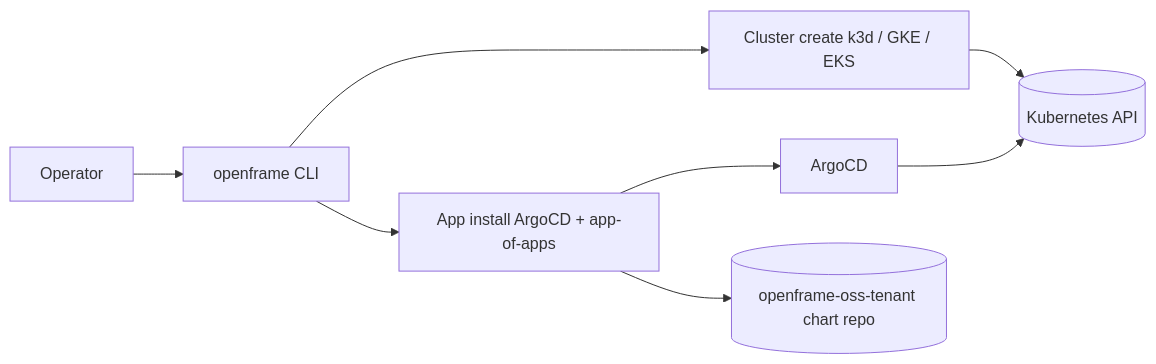
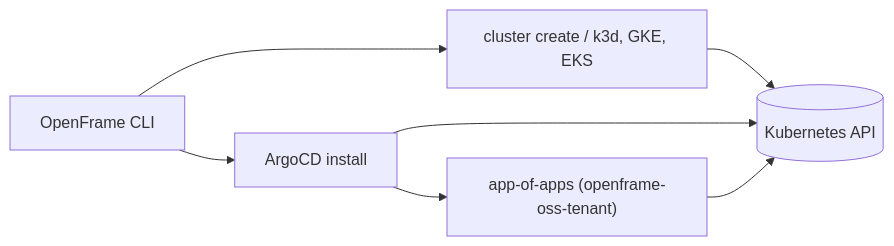
One commit to flamingo-stack/openframe-cli changed the diagram in docs/getting-started/quick-start.md. Above: the diagram before and after it, drawn with Mermaid. The commit also changed other lines of this file and 16 other files, not shown here.

````diff
--- a/docs/getting-started/quick-start.md
+++ b/docs/getting-started/quick-start.md
@@ -182,10 +213,15 @@
 ```mermaid
 flowchart LR
-    User["Operator"] --> CLI["openframe CLI"]
-    CLI --> Cluster["Cluster create k3d / GKE / EKS"]
-    CLI --> AppInstall["App install ArgoCD + app-of-apps"]
-    Cluster --> K8sAPI[("Kubernetes API")]
-    AppInstall --> ArgoCD["ArgoCD"]
-    ArgoCD --> K8sAPI
-    AppInstall --> GitRepo[("openframe-oss-tenant chart repo")]
+  CLI["OpenFrame CLI"]
+  Cluster["cluster create / k3d, GKE, EKS"]
+  ArgoCD["ArgoCD install"]
+  AppOfApps["app-of-apps (openframe-oss-tenant)"]
+  K8s[("Kubernetes API")]
+
+  CLI --> Cluster
+  Cluster --> K8s
+  CLI --> ArgoCD
+  ArgoCD --> K8s
+  ArgoCD --> AppOfApps
+  AppOfApps --> K8s
 ```
````
